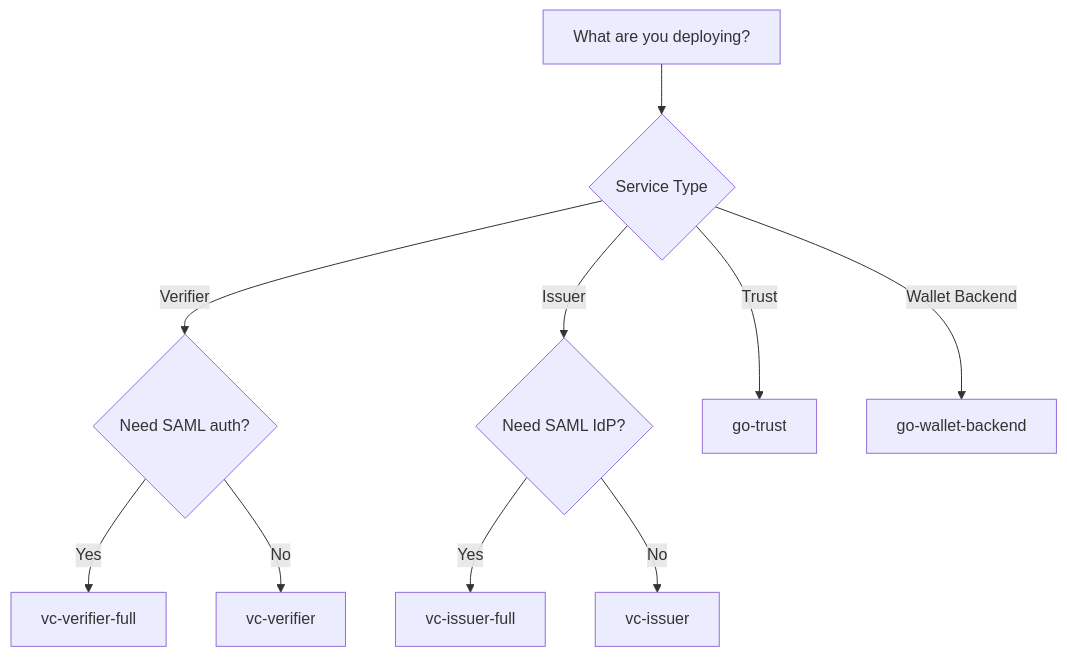
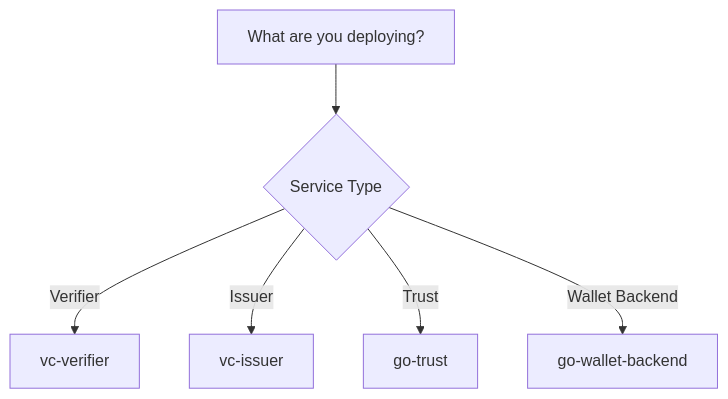
Before and after one commit to sirosfoundation/docs: the diagram in docs/sirosid/docker-images.md, drawn with Mermaid. The commit also changed other lines of this file and 7 other files, not shown here.

First line of the commit message:
docs: update integrator guides for saml/oidc auth methods

````diff
--- a/docs/sirosid/docker-images.md
+++ b/docs/sirosid/docker-images.md
@@ -178,14 +129,8 @@
 ```mermaid
 flowchart TD
     A[What are you deploying?] --> B{Service Type}
-    B -->|Verifier| C{Need SAML auth?}
-    B -->|Issuer| D{Need SAML IdP?}
+    B -->|Verifier| C[vc-verifier]
+    B -->|Issuer| D[vc-issuer]
     B -->|Trust| E[go-trust]
     B -->|Wallet Backend| F[go-wallet-backend]
-    
-    C -->|Yes| G[vc-verifier-full]
-    C -->|No| H[vc-verifier]
-    
-    D -->|Yes| I[vc-issuer-full]
-    D -->|No| J[vc-issuer]
 ```
````
